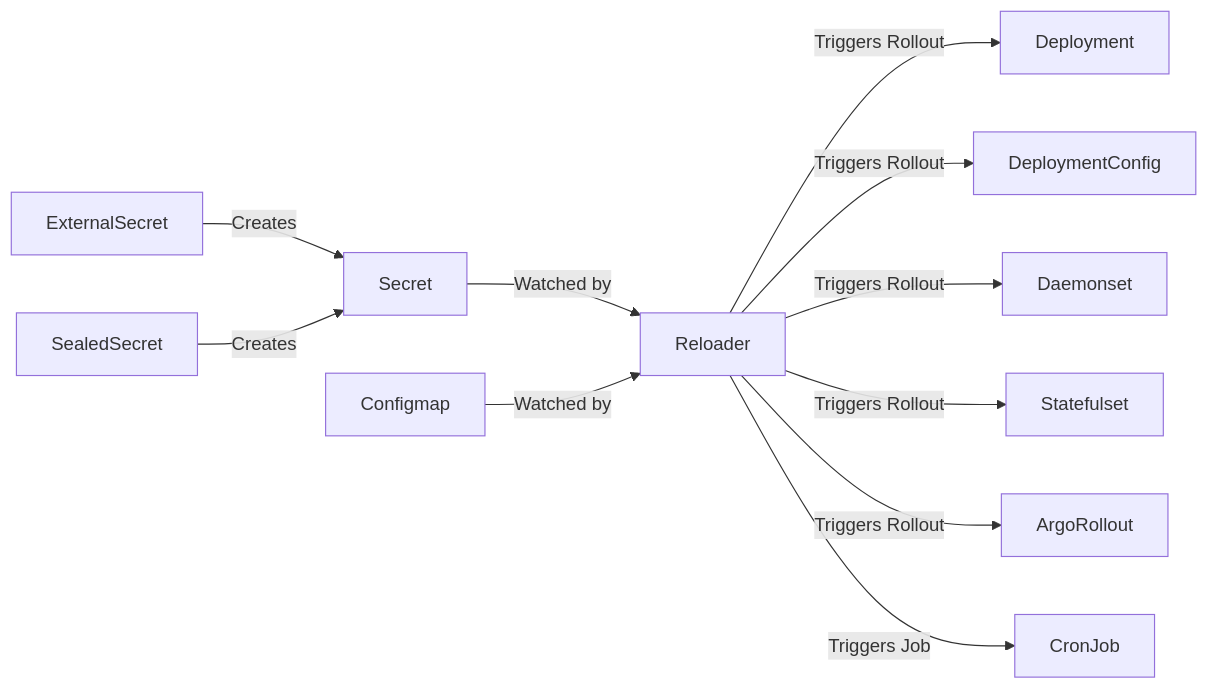
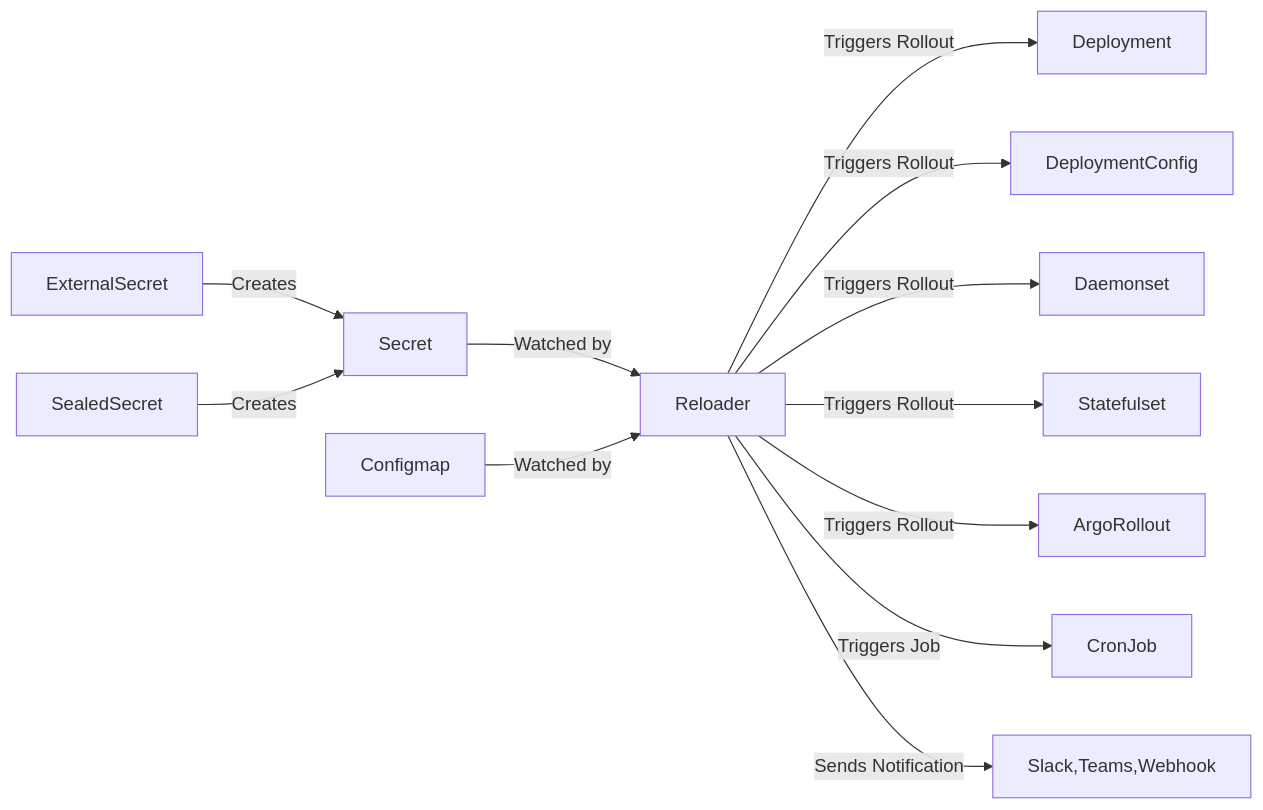
Before and after one commit to stakater/Reloader: the diagram in README.md, drawn with Mermaid. The commit also changed other lines of this file, not shown here.

````diff
--- a/README.md
+++ b/README.md
@@ -32,14 +31,15 @@
 ```mermaid
 flowchart LR
   ExternalSecret -->|Creates| Secret
   SealedSecret -->|Creates| Secret
   Secret -->|Watched by| Reloader
   Configmap -->|Watched by| Reloader
 
   Reloader -->|Triggers Rollout| Deployment
   Reloader -->|Triggers Rollout| DeploymentConfig
   Reloader -->|Triggers Rollout| Daemonset
   Reloader -->|Triggers Rollout| Statefulset
   Reloader -->|Triggers Rollout| ArgoRollout
   Reloader -->|Triggers Job| CronJob
+  Reloader -->|Sends Notification| Slack,Teams,Webhook
 ```
````
